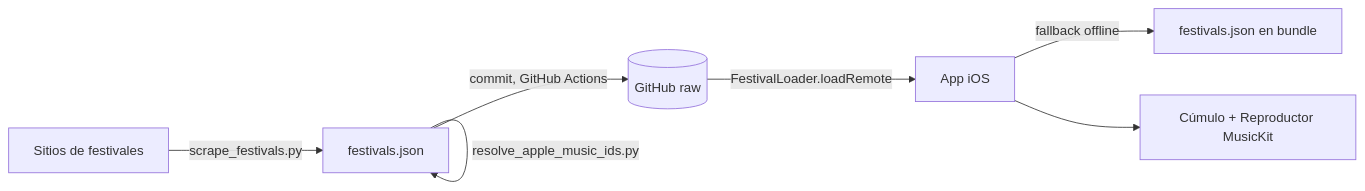
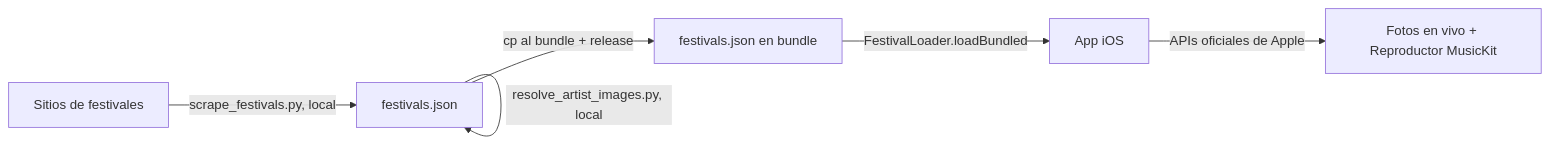
The diagram in README.md (alvarezaraya/ChileFestival), drawn with Mermaid before and after one commit. The commit also changed other lines of this file and 7 other files, not shown here.

First line of the commit message:
feat: eliminar dependencia de la nube propia (feed remoto GitHub + Actions)

````diff
--- a/README.md
+++ b/README.md
@@ -23,9 +23,8 @@
 ```mermaid
 flowchart LR
-    A[Sitios de festivales] -->|scrape_festivals.py| B[festivals.json]
-    B -->|resolve_apple_music_ids.py| B
-    B -->|commit, GitHub Actions| C[(GitHub raw)]
-    C -->|FestivalLoader.loadRemote| D[App iOS]
-    D -->|fallback offline| E[festivals.json en bundle]
-    D --> F[Cúmulo + Reproductor MusicKit]
+    A[Sitios de festivales] -->|scrape_festivals.py, local| B[festivals.json]
+    B -->|resolve_artist_images.py, local| B
+    B -->|cp al bundle + release| C[festivals.json en bundle]
+    C -->|FestivalLoader.loadBundled| D[App iOS]
+    D -->|APIs oficiales de Apple| F[Fotos en vivo + Reproductor MusicKit]
 ```
````
